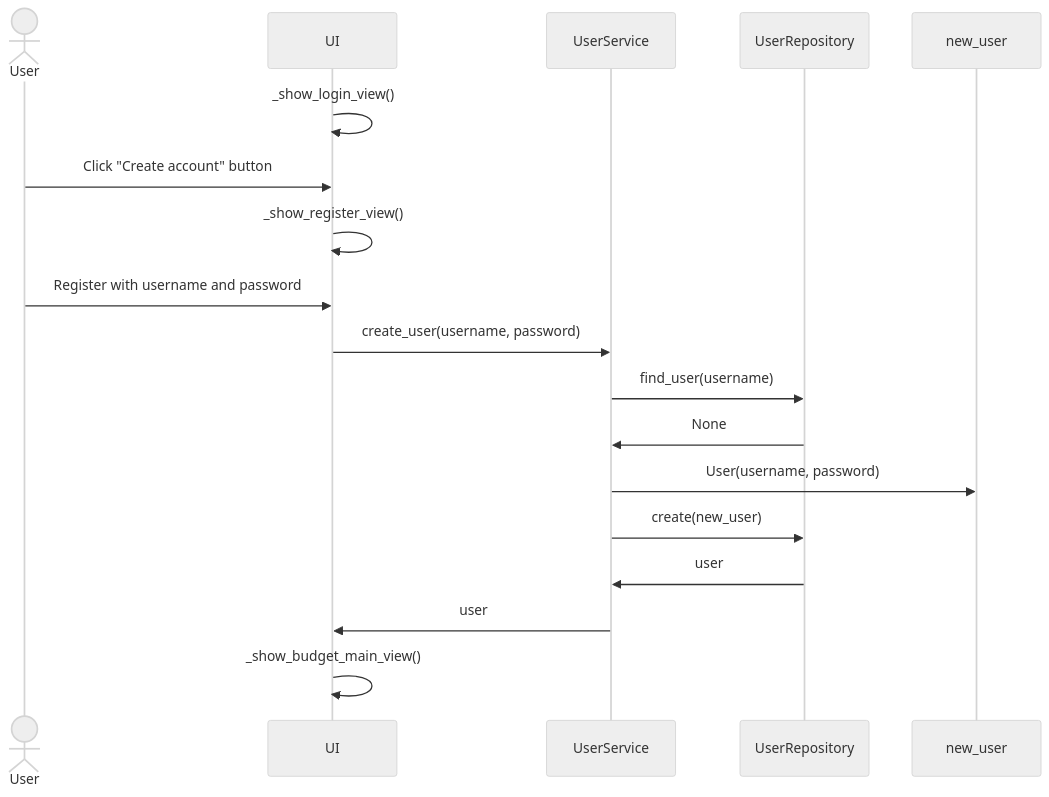
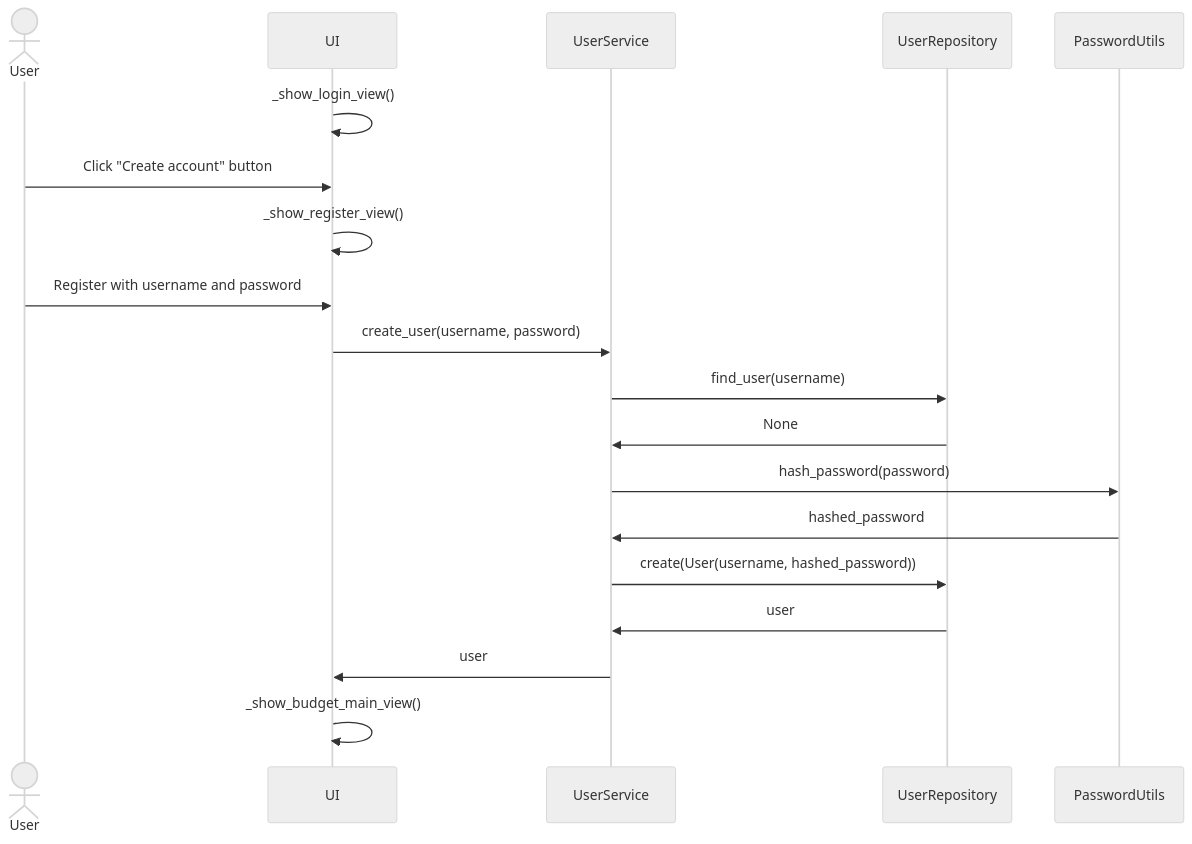
Before and after one commit to jensjvh/ot-harjoitusty-: the fifth of 7 diagrams in dokumentaatio/arkkitehtuuri.md, drawn with Mermaid (neutral theme). The commit also changed other lines of this file, not shown here.

````diff
--- a/dokumentaatio/arkkitehtuuri.md
+++ b/dokumentaatio/arkkitehtuuri.md
@@ -70,20 +100,21 @@
 ```mermaid
 sequenceDiagram
     actor User
     participant UI
     participant UserService
     participant UserRepository
-    participant new_user
+    participant PasswordUtils
     UI->>UI: _show_login_view()
     User->>UI: Click "Create account" button
     UI->>UI: _show_register_view()
     User->>UI: Register with username and password
     UI->>UserService: create_user(username, password)
     UserService->>UserRepository: find_user(username)
     UserRepository->>UserService: None
-    UserService->>new_user: User(username, password)
-    UserService->>UserRepository: create(new_user)
+    UserService->>PasswordUtils: hash_password(password)
+    PasswordUtils->>UserService: hashed_password
+    UserService->>UserRepository: create(User(username, hashed_password))
     UserRepository->>UserService: user
     UserService->>UI: user
     UI->>UI: _show_budget_main_view()
 ```
````
